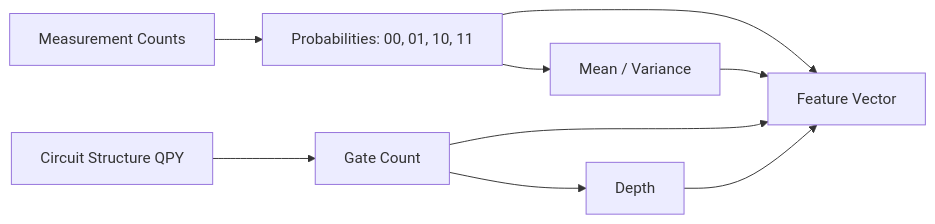
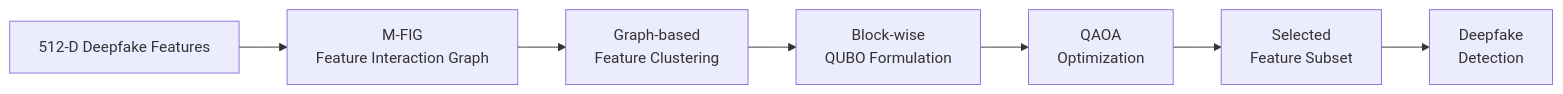
One commit to solmingming/Qubit_research changed the diagram in Readme.MD. Above: the diagram before and after it, drawn with Mermaid. The commit also changed other lines of this file, not shown here.

````diff
--- a/Readme.MD
+++ b/Readme.MD
@@ -195,16 +79,16 @@
 ```mermaid
 flowchart LR
-    A[Measurement Counts]
-    --> B[Probabilities: 00, 01, 10, 11]
-    --> C[Mean / Variance]
 
-    D[Circuit Structure QPY]
-    --> E[Gate Count]
-    --> F[Depth]
+A[512-D Deepfake Features] 
+    --> B[M-FIG<br/>Feature Interaction Graph]
 
-    B --> G[Feature Vector]
-    C --> G
-    E --> G
-    F --> G
+B --> C[Graph-based<br/>Feature Clustering]
 
+C --> D[Block-wise<br/>QUBO Formulation]
+
+D --> E[QAOA<br/>Optimization]
+
+E --> F[Selected<br/>Feature Subset]
+
+F --> G[Deepfake<br/>Detection]
 ```
````
